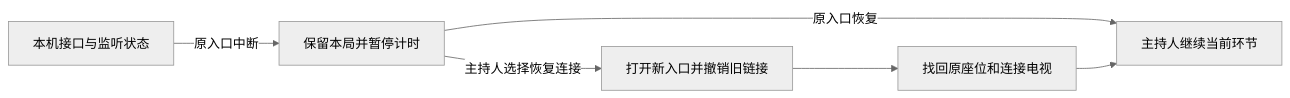
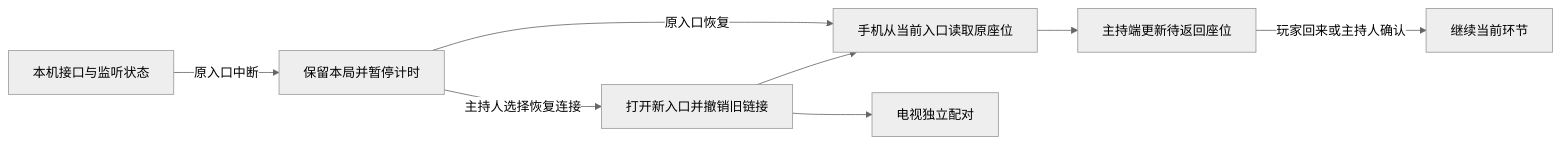
Diagram 33 of 35 in docs/architecture.md (Geeprox/Friday), drawn with Mermaid (neutral theme) before and after one commit. The commit also changed other lines of this file and 10 other files, not shown here.

````diff
--- a/docs/architecture.md
+++ b/docs/architecture.md
@@ -657,8 +659,10 @@
 ```mermaid
 flowchart LR
   A[本机接口与监听状态] -->|原入口中断| B[保留本局并暂停计时]
-  B -->|原入口恢复| E[主持人继续当前环节]
+  B -->|原入口恢复| D[手机从当前入口读取原座位]
   B -->|主持人选择恢复连接| C[打开新入口并撤销旧链接]
-  C --> D[找回原座位和连接电视]
-  D --> E
+  C --> D
+  C --> T[电视独立配对]
+  D --> W[主持端更新待返回座位]
+  W -->|玩家回来或主持人确认| E[继续当前环节]
 ```
````
